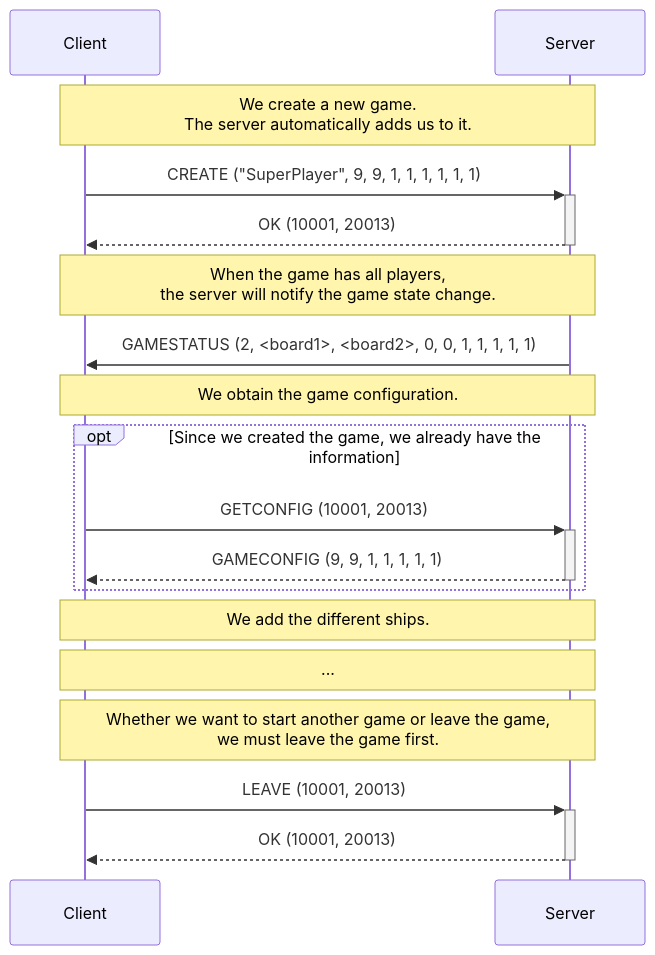
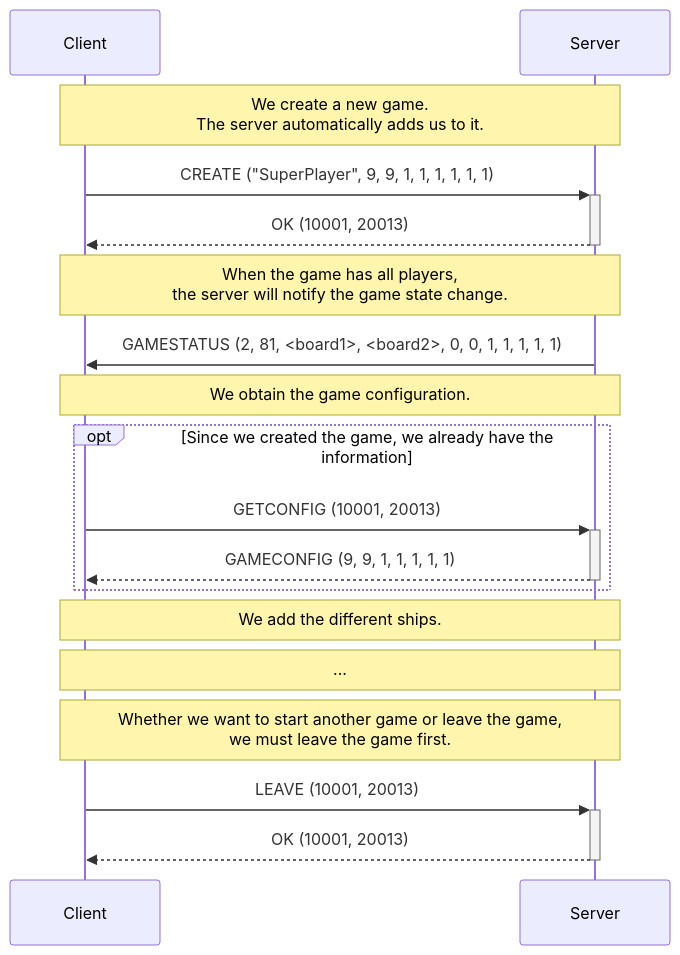
The third of 4 diagrams in Guies/battleship_en.md (SoftwareDistribuitUB-2025/Enunciat_P1), drawn with Mermaid before and after one commit. The commit also changed other lines of this file and 7 other files, not shown here.

````diff
--- a/Guies/battleship_en.md
+++ b/Guies/battleship_en.md
@@ -173,28 +173,28 @@
 ```mermaid
   sequenceDiagram
 
     note over Client,Server: We create a new game. <BR/>The server automatically adds us to it.
 
     Client->>+Server: CREATE ("SuperPlayer", 9, 9, 1, 1, 1, 1, 1, 1)
     Server-->>-Client: OK (10001, 20013)
 
     note over Client,Server: When the game has all players,<br/>the server will notify the game state change.
 
-    Server->>Client: GAMESTATUS (2, <board1>, <board2>, 0, 0, 1, 1, 1, 1, 1)
+    Server->>Client: GAMESTATUS (2, 81, <board1>, <board2>, 0, 0, 1, 1, 1, 1, 1)
 
     note over Client,Server: We obtain the game configuration.
     opt Since we created the game, we already have the information
     Client->>+Server: GETCONFIG (10001, 20013)
     Server-->>-Client: GAMECONFIG (9, 9, 1, 1, 1, 1, 1)
     end
 
     note over Client,Server: We add the different ships.
 
     note over Client,Server: ...
 
     note over Client,Server: Whether we want to start another game or leave the game,<br/>we must leave the game first.
 
     Client->>+Server: LEAVE (10001, 20013)
     Server-->>-Client: OK (10001, 20013)
 
 ```
````
